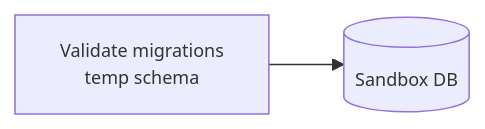
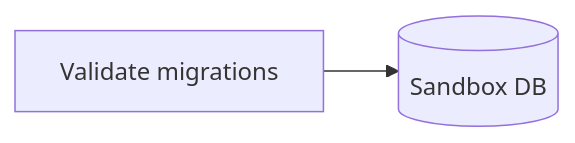
The first of 4 diagrams in docs/diagrams/alembic-migration-workflow.md (wphillipmoore/mnemosys-core), drawn with Mermaid before and after one commit. The commit also changed other lines of this file, not shown here.

Commit message:
Simplify mermaid labels and move details to captions

````diff
--- a/docs/diagrams/alembic-migration-workflow.md
+++ b/docs/diagrams/alembic-migration-workflow.md
@@ -12,8 +12,6 @@
 ```mermaid
 flowchart LR
-  classDef compact font-size:12px;
-  SBV["Validate migrations<br/>temp schema"]
+  SBV["Validate migrations"]
   SB[(Sandbox DB)]
   SBV --> SB
-  class SBV,SB compact;
 ```
````
